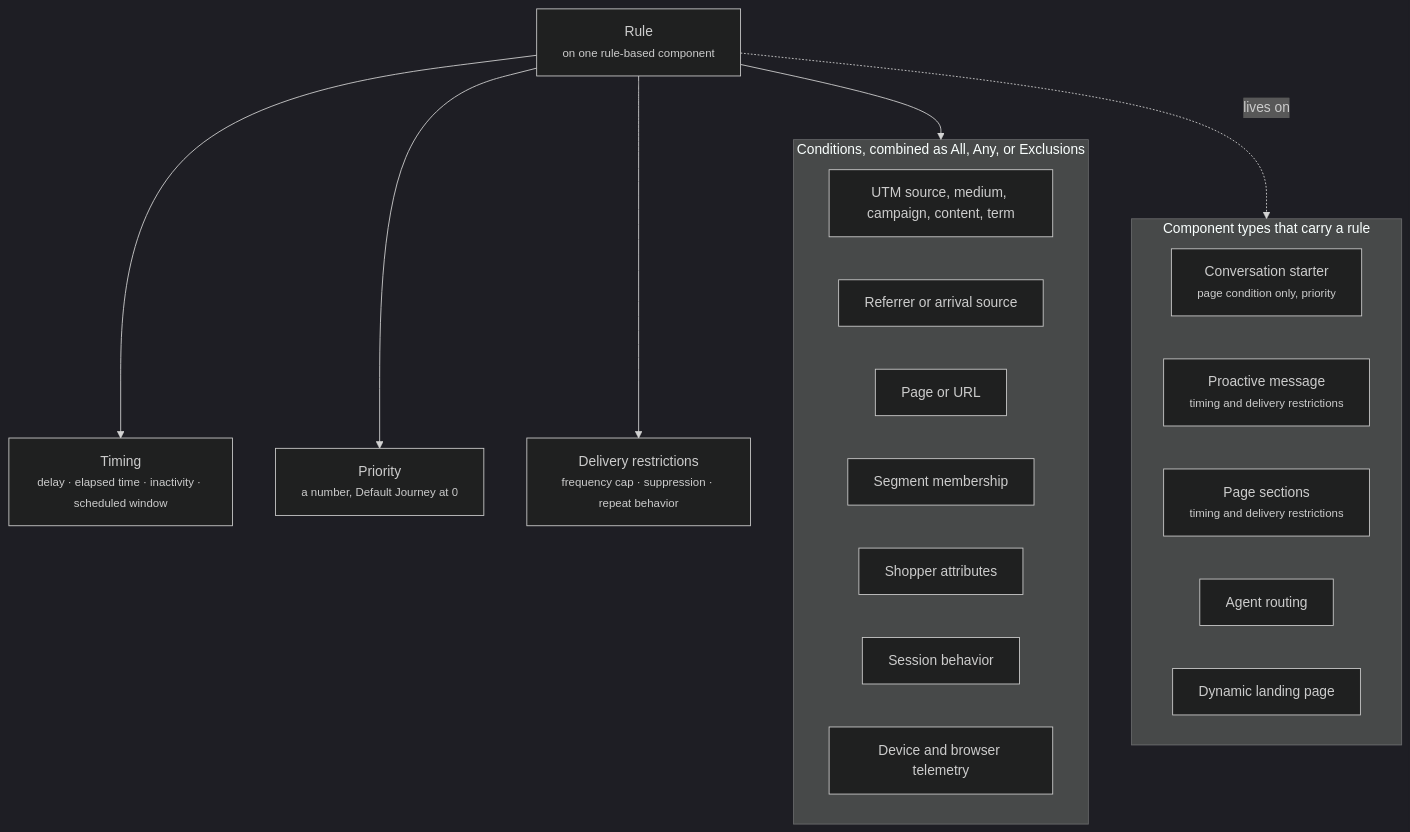
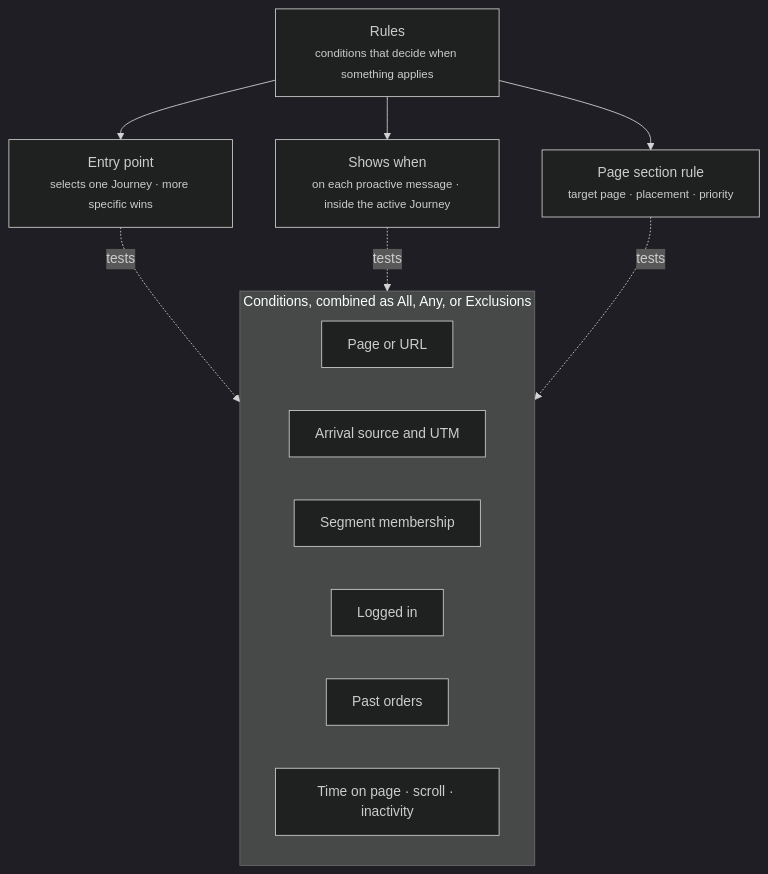
Before and after one commit to crossword-ai/docs: the diagram in orchestration/rules.mdx, drawn with Mermaid (dark theme). The commit also changed other lines of this file and 89 other files, not shown here.

First line of the commit message:
docs: restructure around the Journey and Agent board, add screenshots

````diff
--- a/orchestration/rules.mdx
+++ b/orchestration/rules.mdx
@@ -16,25 +12,18 @@
 ```mermaid
 flowchart TB
-  R["Rule<br/><small>on one rule-based component</small>"]
-  R --> COND
-  R --> TIME["Timing<br/><small>delay · elapsed time · inactivity · scheduled window</small>"]
-  R --> PRI["Priority<br/><small>a number, Default Journey at 0</small>"]
-  R --> DR["Delivery restrictions<br/><small>frequency cap · suppression · repeat behavior</small>"]
+  R["Rules<br/><small>conditions that decide when something applies</small>"]
+  R --> EP["Entry point<br/><small>selects one Journey · more specific wins</small>"]
+  R --> SW["Shows when<br/><small>on each proactive message · inside the active Journey</small>"]
+  R --> PSR["Page section rule<br/><small>target page · placement · priority</small>"]
   subgraph COND["Conditions, combined as All, Any, or Exclusions"]
-    UTM["UTM source, medium, campaign, content, term"]
-    REF["Referrer or arrival source"]
     PAGE["Page or URL"]
+    SRC["Arrival source and UTM"]
     SEG["Segment membership"]
-    ATTR["Shopper attributes"]
-    BEH["Session behavior"]
-    DEV["Device and browser telemetry"]
+    LOG["Logged in"]
+    ORD["Past orders"]
+    BEH["Time on page · scroll · inactivity"]
   end
-  subgraph CARRIERS["Component types that carry a rule"]
-    CS["Conversation starter<br/><small>page condition only, priority</small>"]
-    PM["Proactive message<br/><small>timing and delivery restrictions</small>"]
-    PS["Page sections<br/><small>timing and delivery restrictions</small>"]
-    AR["Agent routing"]
-    DL["Dynamic landing page"]
-  end
-  R -. "lives on" .-> CARRIERS
+  EP -. "tests" .-> COND
+  SW -. "tests" .-> COND
+  PSR -. "tests" .-> COND
 ```
````
